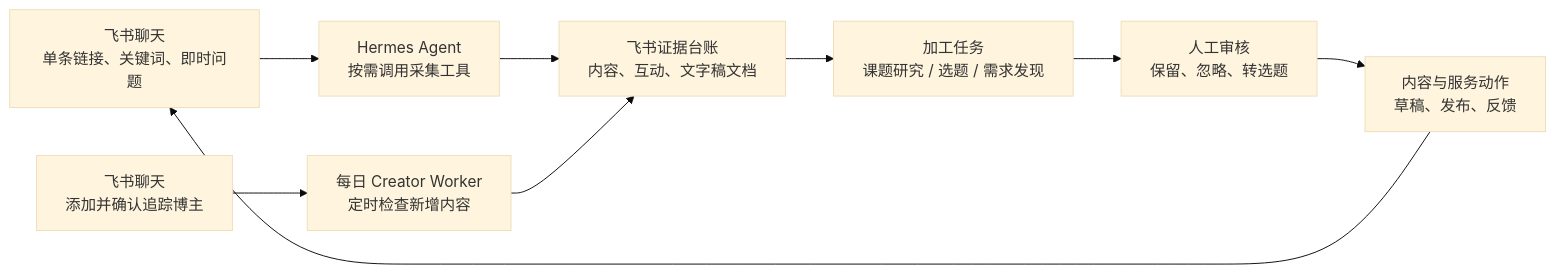
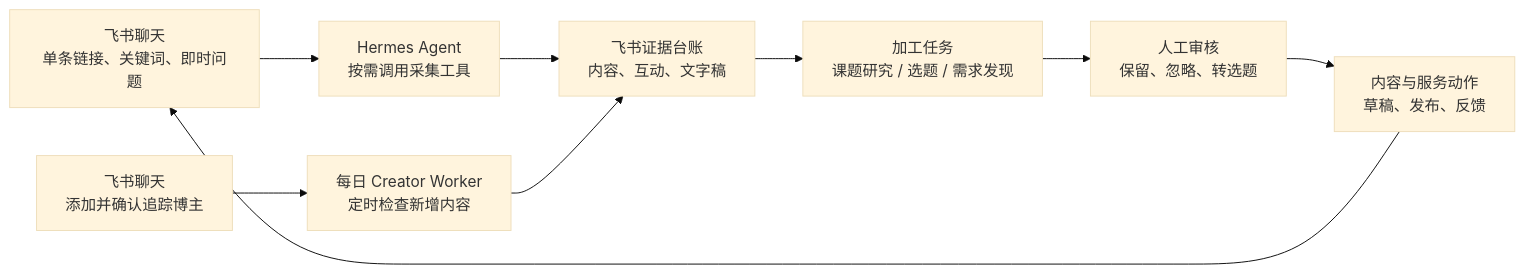
Before and after one commit to moyujingC/mindsync: the diagram in projects/content-matrix/tasks/2026-07-25-AI营销获客系统真实运行通路复核计划.md, drawn with Mermaid (base theme). The commit also changed other lines of this file and 7 other files, not shown here.

````diff
--- a/projects/content-matrix/tasks/2026-07-25-AI营销获客系统真实运行通路复核计划.md
+++ b/projects/content-matrix/tasks/2026-07-25-AI营销获客系统真实运行通路复核计划.md
@@ -16,11 +16,11 @@
 ```mermaid
 flowchart LR
   A["飞书聊天\n单条链接、关键词、即时问题"] --> B["Hermes Agent\n按需调用采集工具"]
   C["飞书聊天\n添加并确认追踪博主"] --> D["每日 Creator Worker\n定时检查新增内容"]
-  B --> E["飞书证据台账\n内容、互动、文字稿文档"]
+  B --> E["飞书证据台账\n内容、互动、文字稿"]
   D --> E
   E --> F["加工任务\n课题研究 / 选题 / 需求发现"]
   F --> H["人工审核\n保留、忽略、转选题"]
   H --> G["内容与服务动作\n草稿、发布、反馈"]
   G --> A
 ```
````
